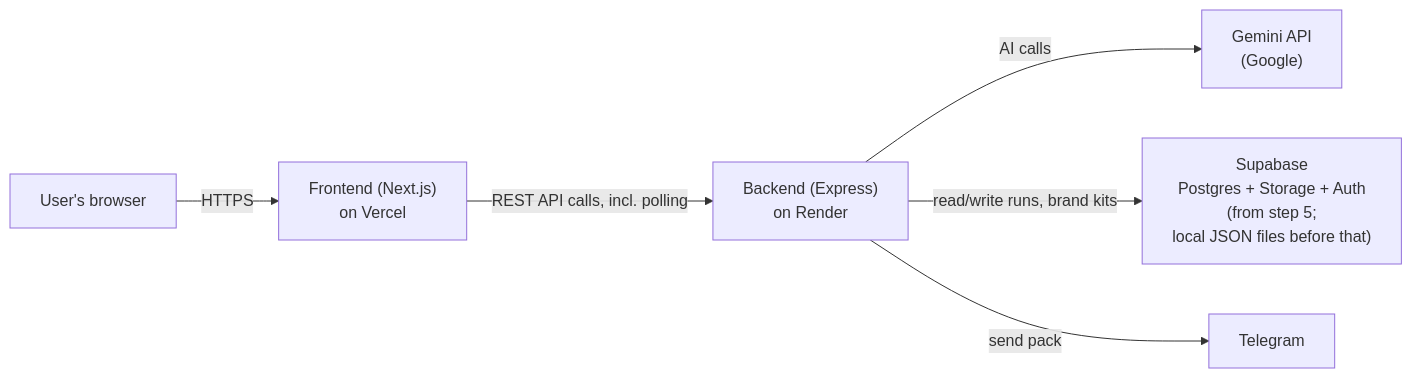
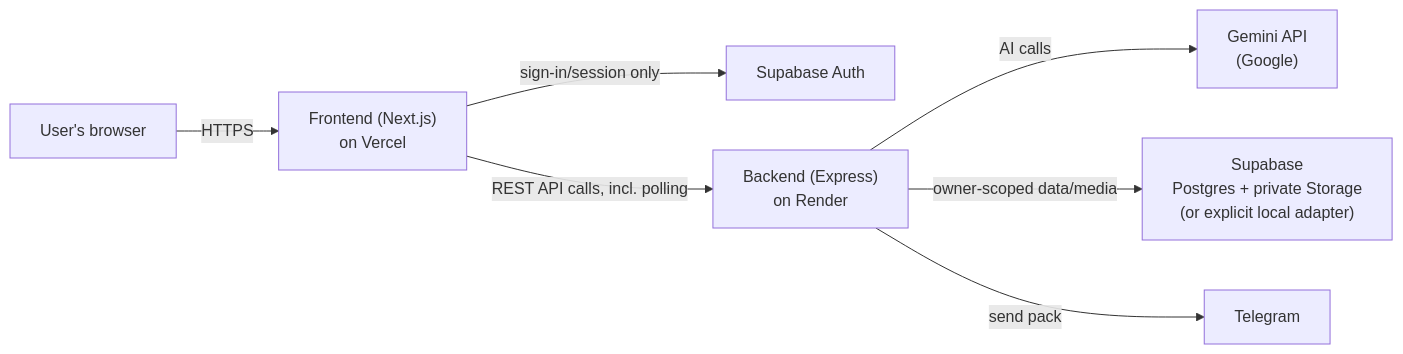
One commit to Mahi230504/Distribution-automation-pipeline changed the diagram in docs/ARCHITECTURE.md. Above: the diagram before and after it, drawn with Mermaid. The commit also changed other lines of this file and 48 other files, not shown here.

Commit message:
Step 5A: add user-owned Supabase storage and authentication

````diff
--- a/docs/ARCHITECTURE.md
+++ b/docs/ARCHITECTURE.md
@@ -19,8 +19,9 @@
 ```mermaid
 graph LR
     User["User's browser"] -->|HTTPS| FE["Frontend (Next.js)<br/>on Vercel"]
+    FE -->|sign-in/session only| Auth["Supabase Auth"]
     FE -->|REST API calls, incl. polling| BE["Backend (Express)<br/>on Render"]
     BE -->|AI calls| Gemini["Gemini API<br/>(Google)"]
-    BE -->|read/write runs, brand kits| DB["Supabase<br/>Postgres + Storage + Auth<br/>(from step 5;<br/>local JSON files before that)"]
+    BE -->|owner-scoped data/media| DB["Supabase<br/>Postgres + private Storage<br/>(or explicit local adapter)"]
     BE -->|send pack| TG["Telegram"]
 ```
````
